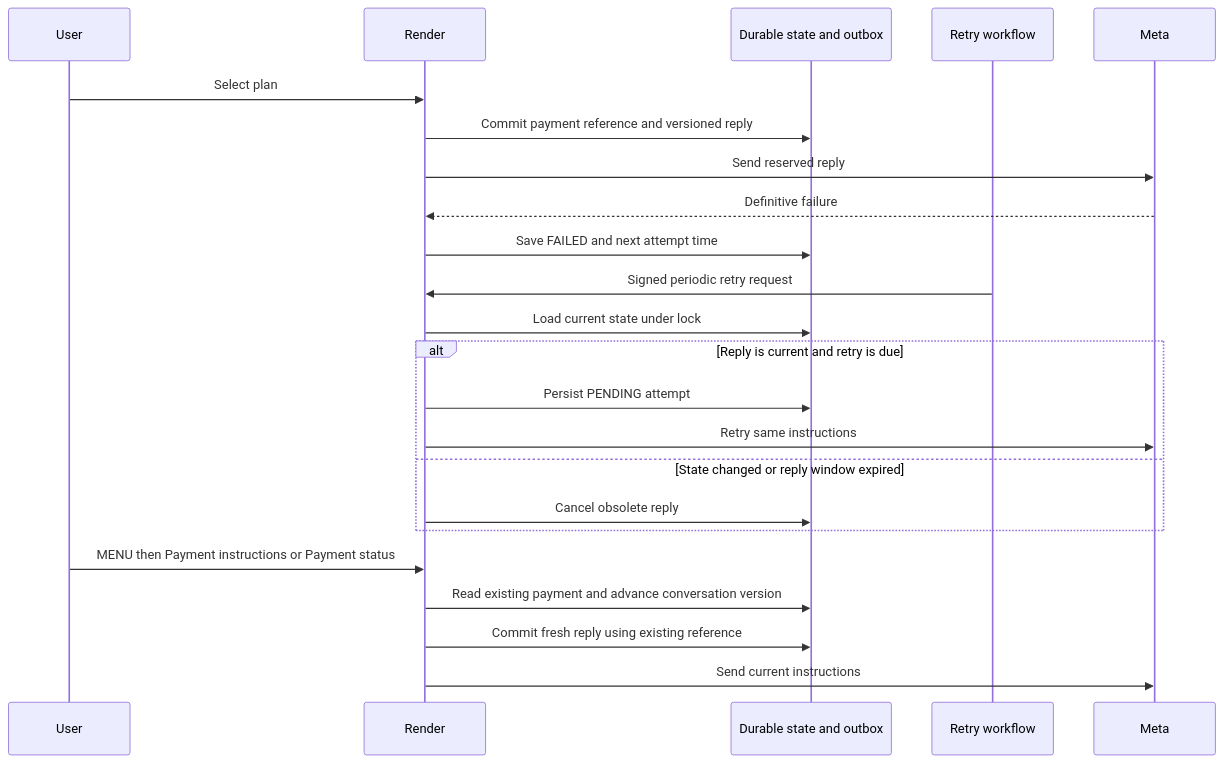
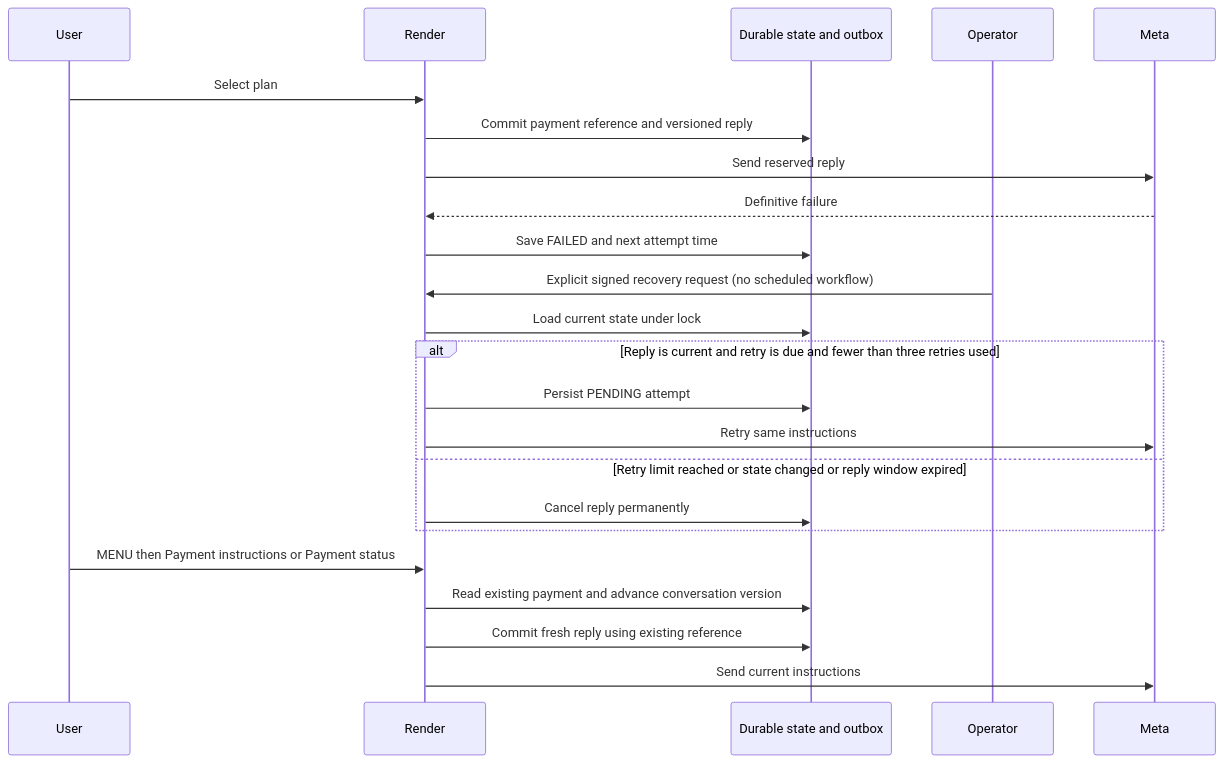
One commit to mishnit/daily-darshan changed diagram 12 of 12 in sequence-diagrams.md. Above: the diagram before and after it, drawn with Mermaid. The commit also changed other lines of this file and 11 other files, not shown here.

Commit message:
Retire reply retry workflow and consolidate bounded outbox recovery

````diff
--- a/sequence-diagrams.md
+++ b/sequence-diagrams.md
@@ -542,25 +542,25 @@
 ```mermaid
 sequenceDiagram
     participant User
     participant Web as Render
     participant Repo as Durable state and outbox
-    participant Worker as Retry workflow
+    participant Worker as Operator
     participant Meta
     User->>Web: Select plan
     Web->>Repo: Commit payment reference and versioned reply
     Web->>Meta: Send reserved reply
     Meta-->>Web: Definitive failure
     Web->>Repo: Save FAILED and next attempt time
-    Worker->>Web: Signed periodic retry request
+    Worker->>Web: Explicit signed recovery request (no scheduled workflow)
     Web->>Repo: Load current state under lock
-    alt Reply is current and retry is due
+    alt Reply is current and retry is due and fewer than three retries used
         Web->>Repo: Persist PENDING attempt
         Web->>Meta: Retry same instructions
-    else State changed or reply window expired
-        Web->>Repo: Cancel obsolete reply
+    else Retry limit reached or state changed or reply window expired
+        Web->>Repo: Cancel reply permanently
     end
     User->>Web: MENU then Payment instructions or Payment status
     Web->>Repo: Read existing payment and advance conversation version
     Web->>Repo: Commit fresh reply using existing reference
     Web->>Meta: Send current instructions
 ```
````
